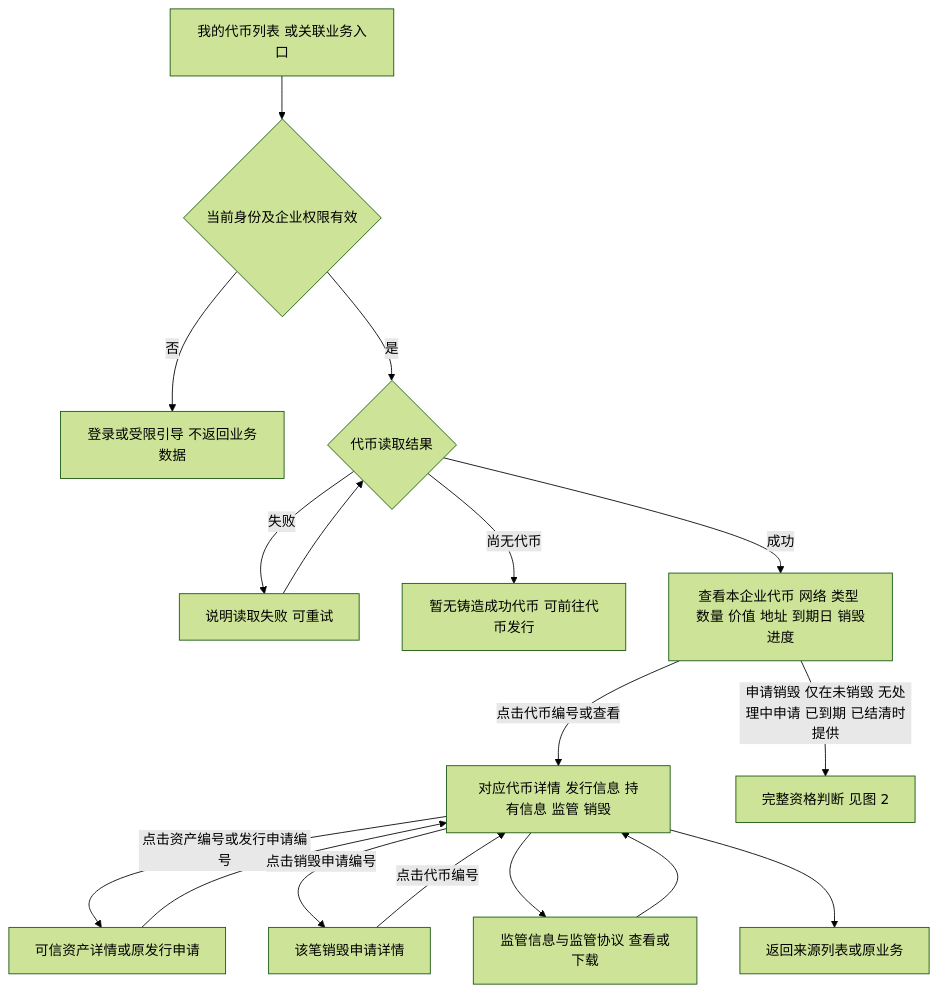
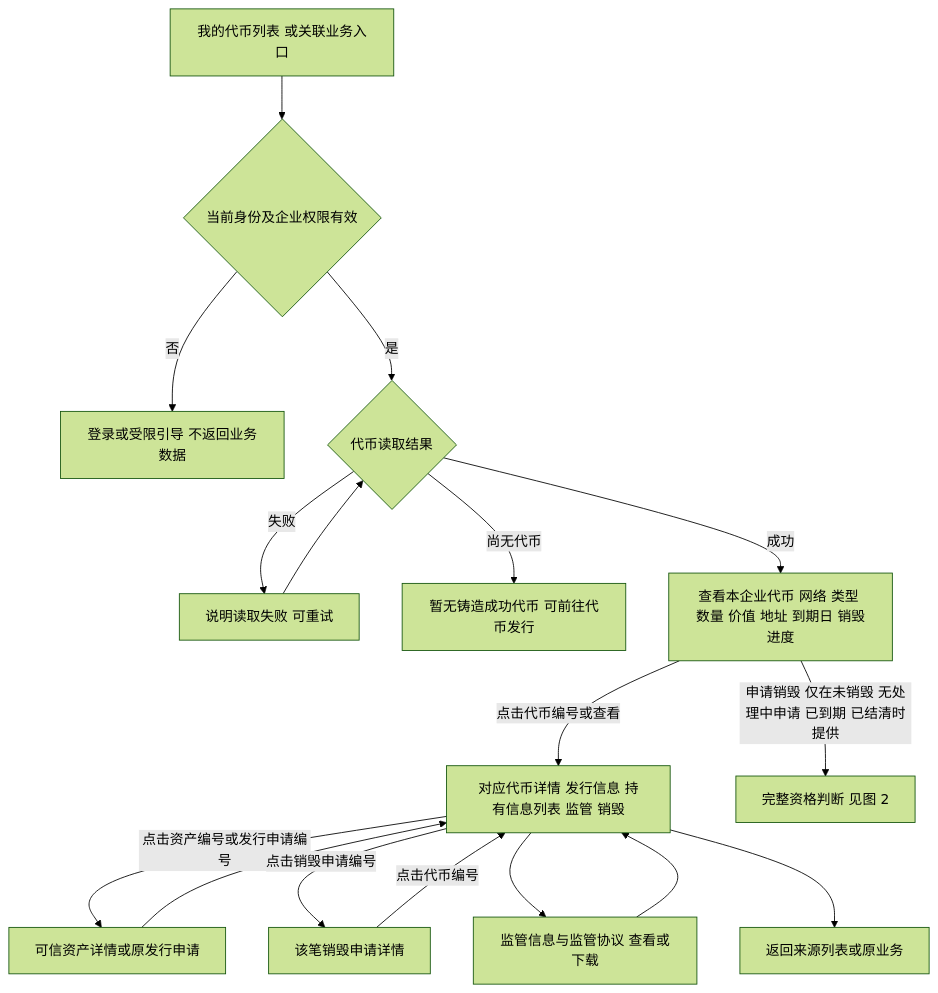
One commit to wxblockchain/Chain-Financing changed the first of 4 diagrams in token-issuance-platform/PRD/面客端/M4a-我的代币与销毁申请/02-我的代币与销毁申请-流程图与状态机.md. Above: the diagram before and after it, drawn with Mermaid (forest theme). The commit also changed other lines of this file and 2 other files, not shown here.

Commit message:
prd(WS-510): present token holding info as a list
- Token detail section renamed to holding info list; always shown as a
  list with fixed columns, one row per holding record, even with one row.
- Columns: holding address, account label (own accounts only), pledge
  address, holding quantity, financing status; query time outside list.
- List states for query failure and burned tokens; AC-M4A-39 updated.

````diff
--- a/token-issuance-platform/PRD/面客端/M4a-我的代币与销毁申请/02-我的代币与销毁申请-流程图与状态机.md
+++ b/token-issuance-platform/PRD/面客端/M4a-我的代币与销毁申请/02-我的代币与销毁申请-流程图与状态机.md
@@ -17,19 +17,19 @@
 ```mermaid
 flowchart TD
     A[我的代币列表 或关联业务入口] --> B{当前身份及企业权限有效}
     B -->|否| C[登录或受限引导 不返回业务数据]
     B -->|是| D{代币读取结果}
     D -->|失败| E[说明读取失败 可重试]
     E --> D
     D -->|尚无代币| F[暂无铸造成功代币 可前往代币发行]
     D -->|成功| G[查看本企业代币 网络 类型 数量 价值 地址 到期日 销毁进度]
-    G -->|点击代币编号或查看| H[对应代币详情 发行信息 持有信息 监管 销毁]
+    G -->|点击代币编号或查看| H[对应代币详情 发行信息 持有信息列表 监管 销毁]
     G -->|申请销毁 仅在未销毁 无处理中申请 已到期 已结清时提供| X[完整资格判断 见图 2]
     H -->|点击资产编号或发行申请编号| I[可信资产详情或原发行申请]
     I --> H
     H -->|点击销毁申请编号| J[该笔销毁申请详情]
     J -->|点击代币编号| H
     H --> P[监管信息与监管协议 查看或下载]
     P --> H
     H --> K[返回来源列表或原业务]
 ```
````
